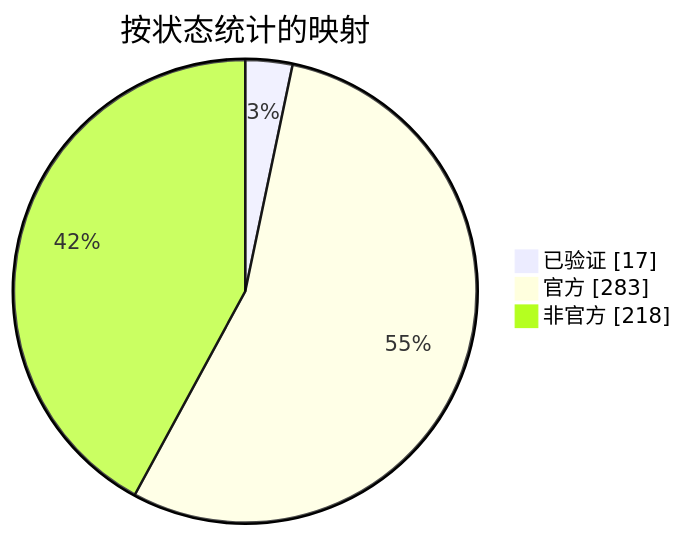
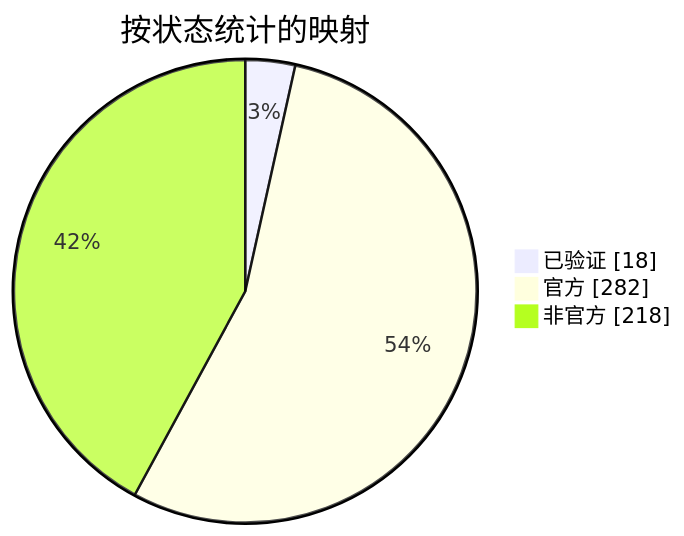
One commit to nobrega8/mbmap-library changed the diagram in docs/readme/README_ZHS.md. Above: the diagram before and after it, drawn with Mermaid. The commit also changed 5 other files, not shown here.

````diff
--- a/docs/readme/README_ZHS.md
+++ b/docs/readme/README_ZHS.md
@@ -54,7 +54,7 @@
 ```mermaid
 pie showData
     title 按状态统计的映射
-    "已验证" : 17
-    "官方" : 283
+    "已验证" : 18
+    "官方" : 282
     "非官方" : 218
 ```
````
